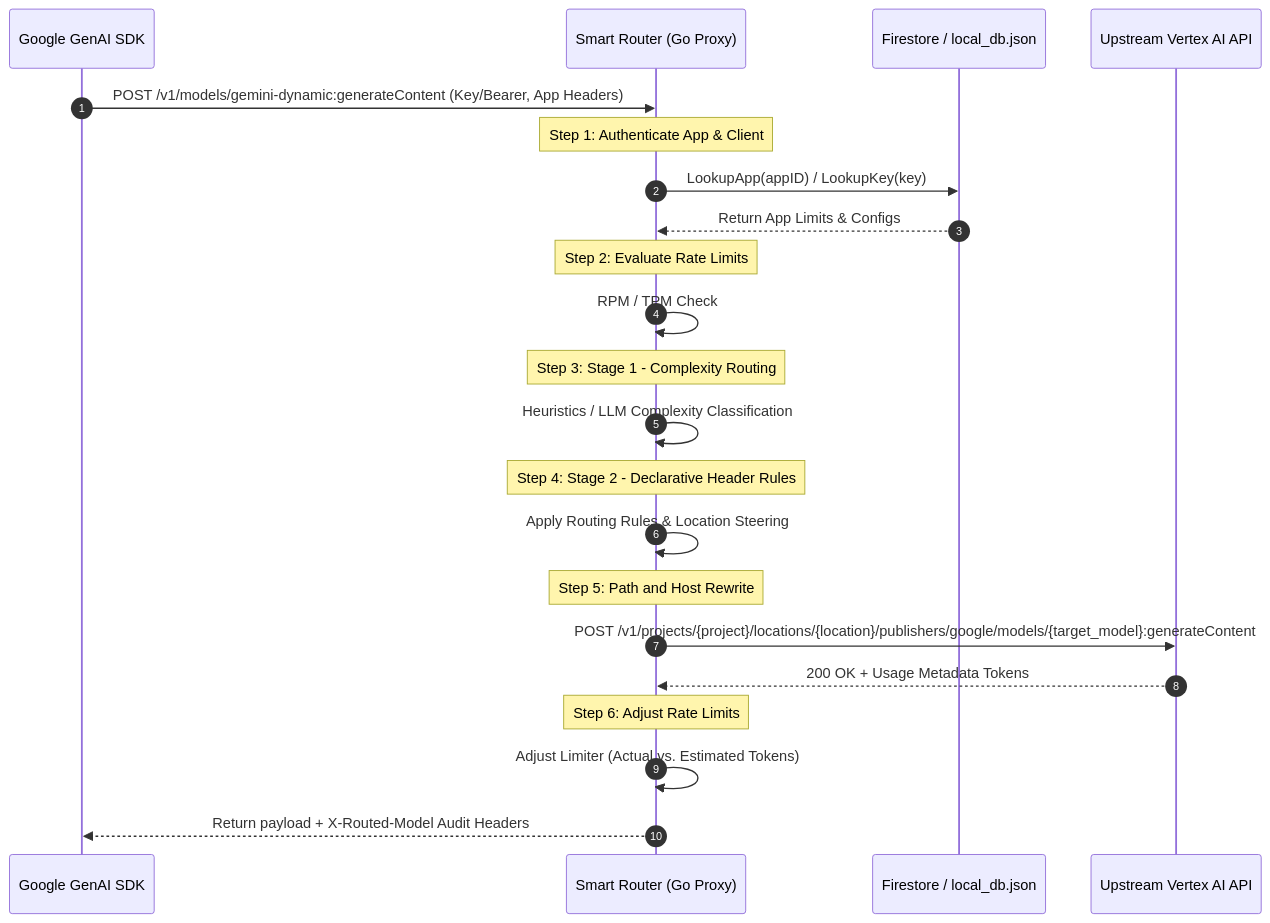
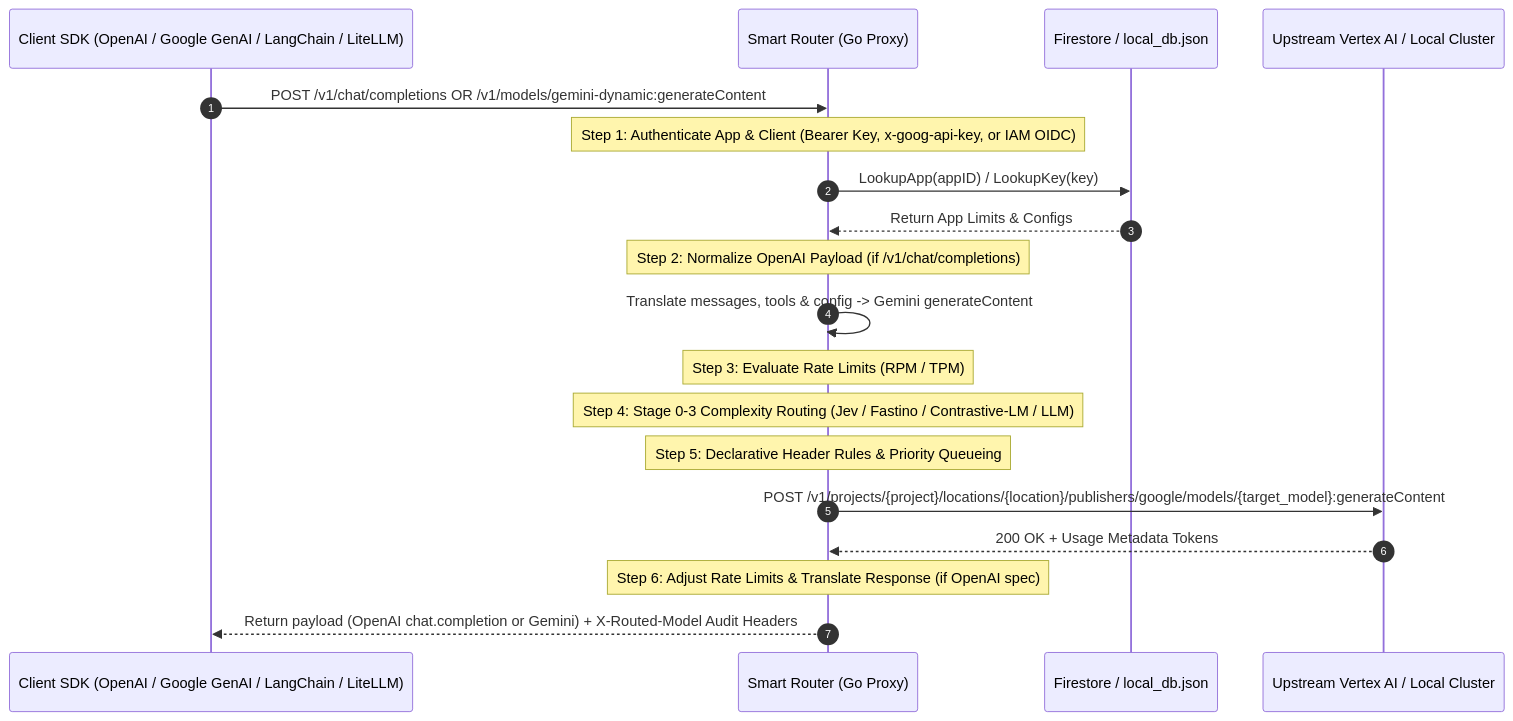
The diagram in docs/architecture/google-genai-sdk-coverage.md (davenportjw/smartrouter), drawn with Mermaid before and after one commit. The commit also changed other lines of this file and 92 other files, not shown here.

First line of the commit message:
feat: add decision engine, OpenAI-compatible proxy endpoint, and session config

````diff
--- a/docs/architecture/google-genai-sdk-coverage.md
+++ b/docs/architecture/google-genai-sdk-coverage.md
@@ -32,25 +34,22 @@
 ```mermaid
 sequenceDiagram
     autonumber
-    participant SDK as Google GenAI SDK
+    participant SDK as Client SDK (OpenAI / Google GenAI / LangChain / LiteLLM)
     participant SR as Smart Router (Go Proxy)
     participant DB as Firestore / local_db.json
-    participant VAI as Upstream Vertex AI API
+    participant VAI as Upstream Vertex AI / Local Cluster
 
-    SDK->>SR: POST /v1/models/gemini-dynamic:generateContent (Key/Bearer, App Headers)
-    Note over SR: Step 1: Authenticate App & Client
+    SDK->>SR: POST /v1/chat/completions OR /v1/models/gemini-dynamic:generateContent
+    Note over SR: Step 1: Authenticate App & Client (Bearer Key, x-goog-api-key, or IAM OIDC)
     SR->>DB: LookupApp(appID) / LookupKey(key)
     DB-->>SR: Return App Limits & Configs
-    Note over SR: Step 2: Evaluate Rate Limits
-    SR->>SR: RPM / TPM Check
-    Note over SR: Step 3: Stage 1 - Complexity Routing
-    SR->>SR: Heuristics / LLM Complexity Classification
-    Note over SR: Step 4: Stage 2 - Declarative Header Rules
-    SR->>SR: Apply Routing Rules & Location Steering
-    Note over SR: Step 5: Path and Host Rewrite
+    Note over SR: Step 2: Normalize OpenAI Payload (if /v1/chat/completions)
+    SR->>SR: Translate messages, tools & config -> Gemini generateContent
+    Note over SR: Step 3: Evaluate Rate Limits (RPM / TPM)
+    Note over SR: Step 4: Stage 0-3 Complexity Routing (Jev / Fastino / Contrastive-LM / LLM)
+    Note over SR: Step 5: Declarative Header Rules & Priority Queueing
     SR->>VAI: POST /v1/projects/{project}/locations/{location}/publishers/google/models/{target_model}:generateContent
     VAI-->>SR: 200 OK + Usage Metadata Tokens
-    Note over SR: Step 6: Adjust Rate Limits
-    SR->>SR: Adjust Limiter (Actual vs. Estimated Tokens)
-    SR-->>SDK: Return payload + X-Routed-Model Audit Headers
+    Note over SR: Step 6: Adjust Rate Limits & Translate Response (if OpenAI spec)
+    SR-->>SDK: Return payload (OpenAI chat.completion or Gemini) + X-Routed-Model Audit Headers
 ```
````
